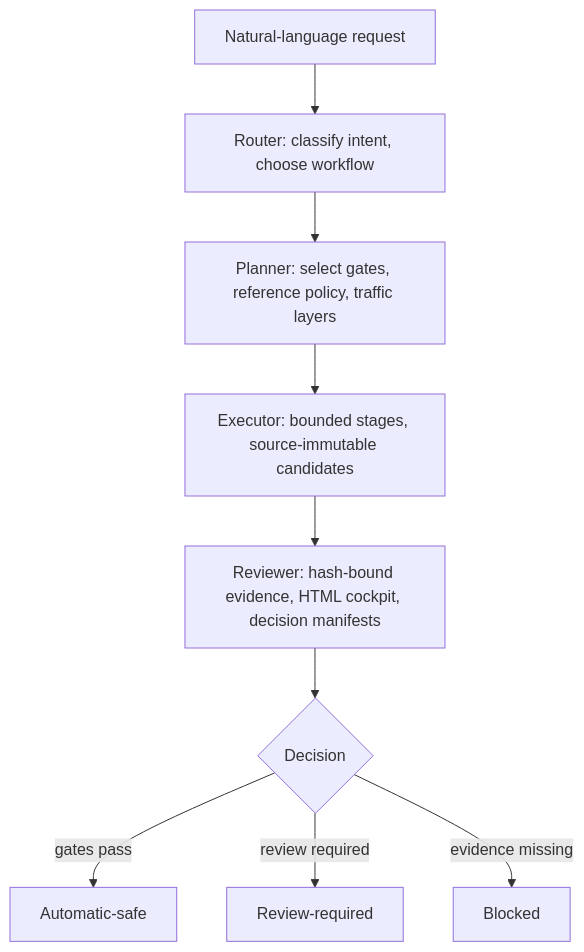
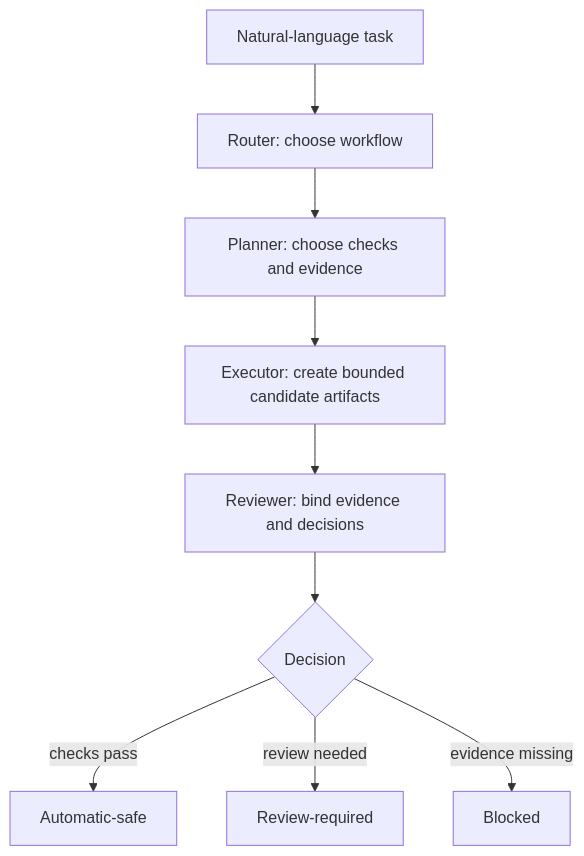
Before and after one commit to Tarard/Torii-SUMO: the diagram in README.md, drawn with Mermaid. The commit also changed other lines of this file, not shown here.

````diff
--- a/README.md
+++ b/README.md
@@ -33,11 +70,11 @@
 ```mermaid
 flowchart TD
-    A["Natural-language request"] --> B["Router: classify intent, choose workflow"]
-    B --> C["Planner: select gates, reference policy, traffic layers"]
-    C --> D["Executor: bounded stages, source-immutable candidates"]
-    D --> E["Reviewer: hash-bound evidence, HTML cockpit, decision manifests"]
+    A["Natural-language task"] --> B["Router: choose workflow"]
+    B --> C["Planner: choose checks and evidence"]
+    C --> D["Executor: create bounded candidate artifacts"]
+    D --> E["Reviewer: bind evidence and decisions"]
     E --> F{Decision}
-    F -->|"gates pass"| G["Automatic-safe"]
-    F -->|"review required"| H["Review-required"]
+    F -->|"checks pass"| G["Automatic-safe"]
+    F -->|"review needed"| H["Review-required"]
     F -->|"evidence missing"| I["Blocked"]
 ```
````
